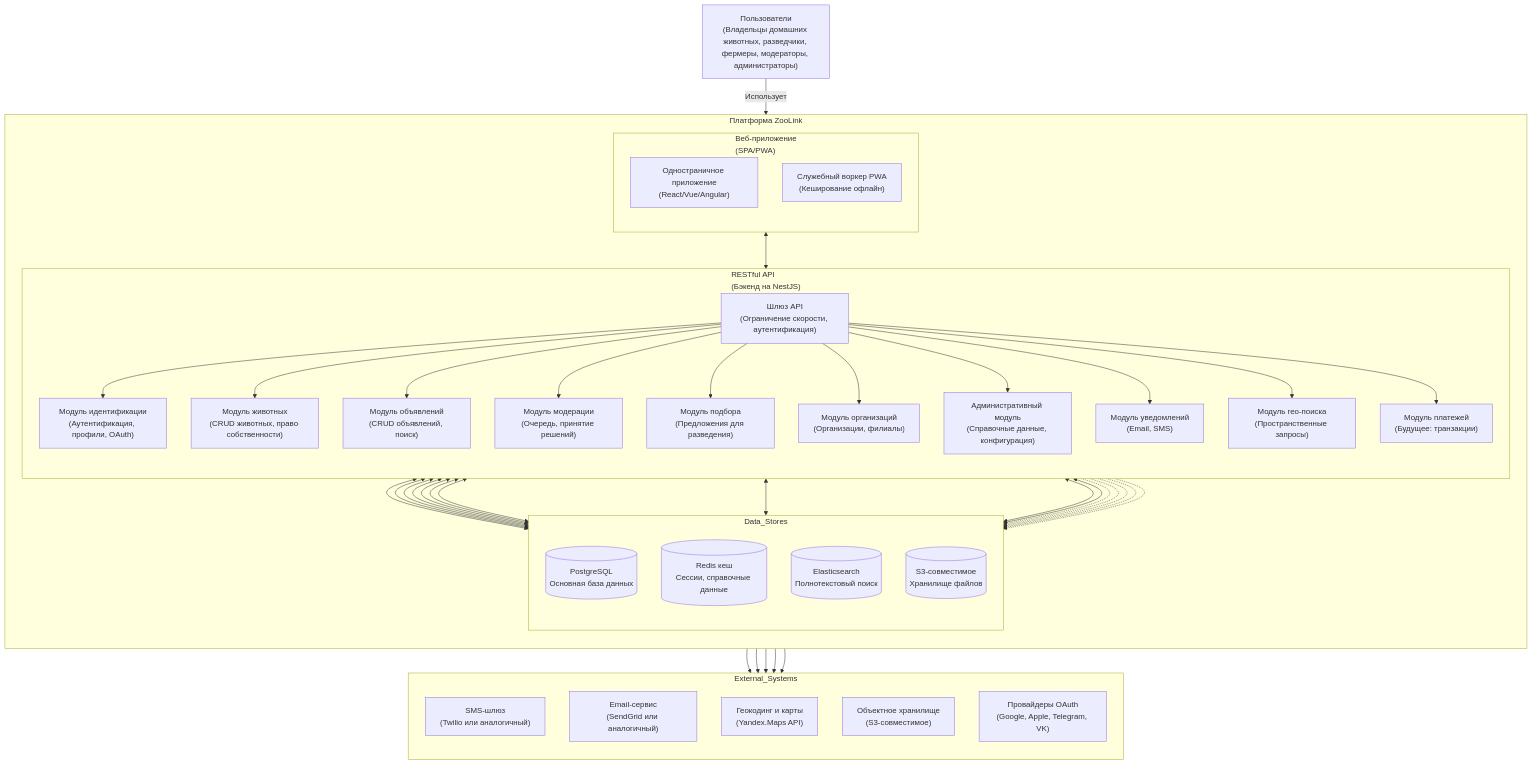
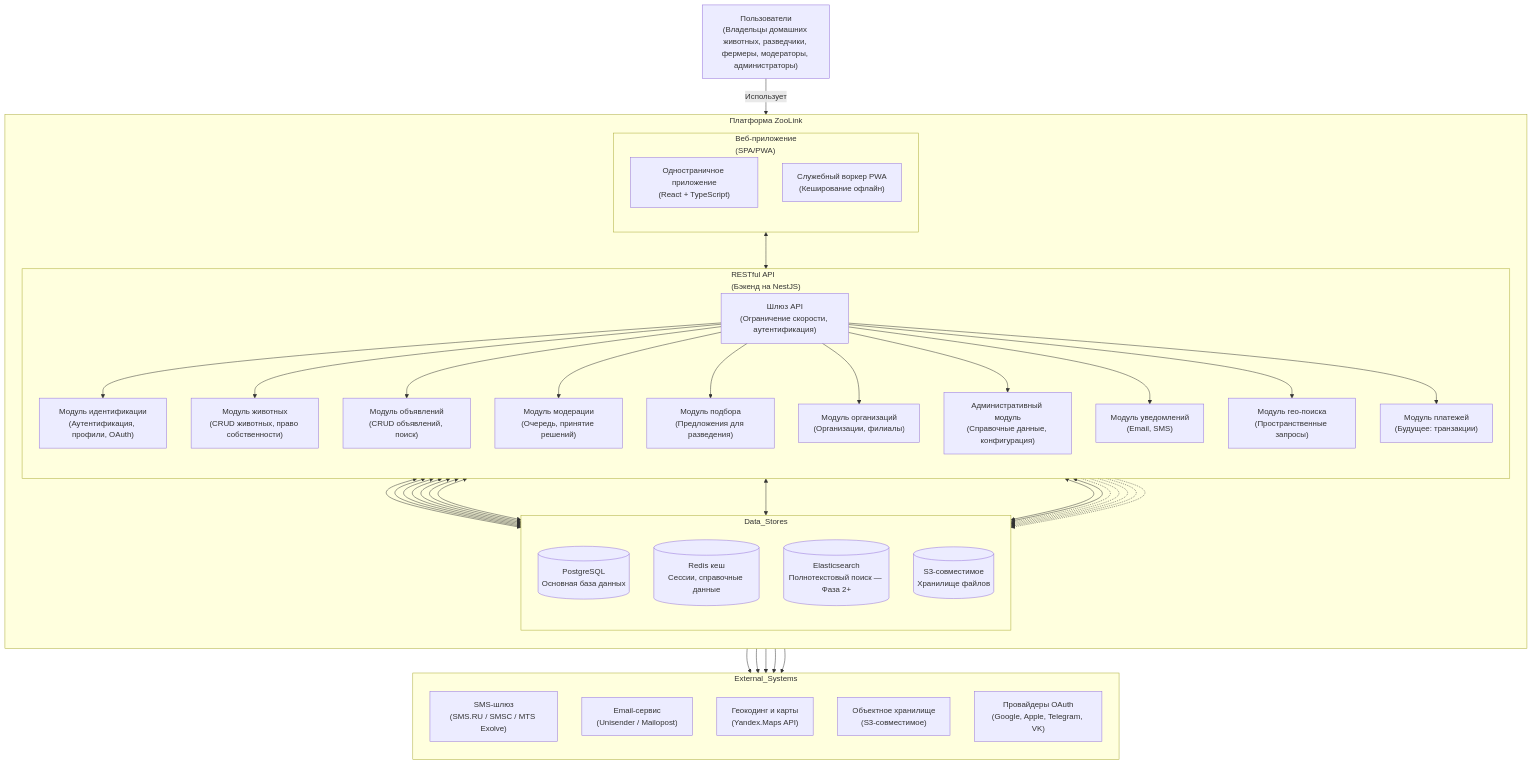
The diagram in docsRU/03-architecture/container-diagram.md (Aleksandr-Sulimenko/ZooLink), drawn with Mermaid before and after one commit. The commit also changed other lines of this file and 28 other files, not shown here.

```diff
--- a/docsRU/03-architecture/container-diagram.md
+++ b/docsRU/03-architecture/container-diagram.md
@@ -9,8 +9,8 @@
     %% Внешние системы (из уровня 1)
     subgraph External_Systems
         direction TB
-        SMS["SMS-шлюз<br/>(Twilio или аналогичный)"]
-        Email["Email-сервис<br/>(SendGrid или аналогичный)"]
+        SMS["SMS-шлюз<br/>(SMS.RU / SMSC / MTS Exolve)"]
+        Email["Email-сервис<br/>(Unisender / Mailopost)"]
         Maps["Геокодинг и карты<br/>(Yandex.Maps API)"]
         Storage["Объектное хранилище<br/>(S3-совместимое)"]
         OAuth["Провайдеры OAuth<br/>(Google, Apple, Telegram, VK)"]
@@ -22,7 +22,7 @@
         %% Веб-приложение
         subgraph WebApp["Веб-приложение<br/>(SPA/PWA)"]
             direction TB
-            SPA["Одностраничное приложение<br/>(React/Vue/Angular)"]
+            SPA["Одностраничное приложение<br/>(React + TypeScript)"]
             PWA_ServiceWorker["Служебный воркер PWA<br/>(Кеширование офлайн)"]
         end
 
@@ -47,7 +47,7 @@
             direction TB
             DB[(PostgreSQL<br/>Основная база данных)]
             Cache[(Redis кеш<br/>Сессии, справочные данные)]
-            Search_Index[(Elasticsearch<br/>Полнотекстовый поиск)]
+            Search_Index[(Elasticsearch<br/>Полнотекстовый поиск — Фаза 2+)]
             Object_Storage[(S3-совместимое<br/>Хранилище файлов)]
         end
     end
```
